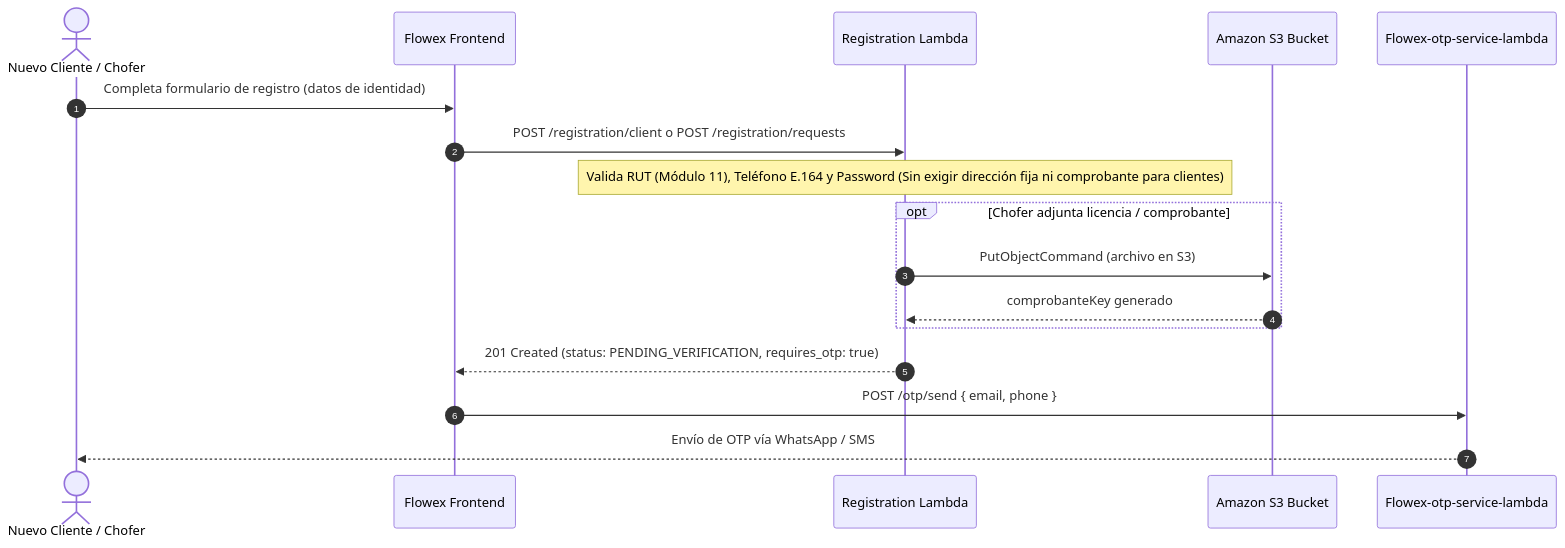
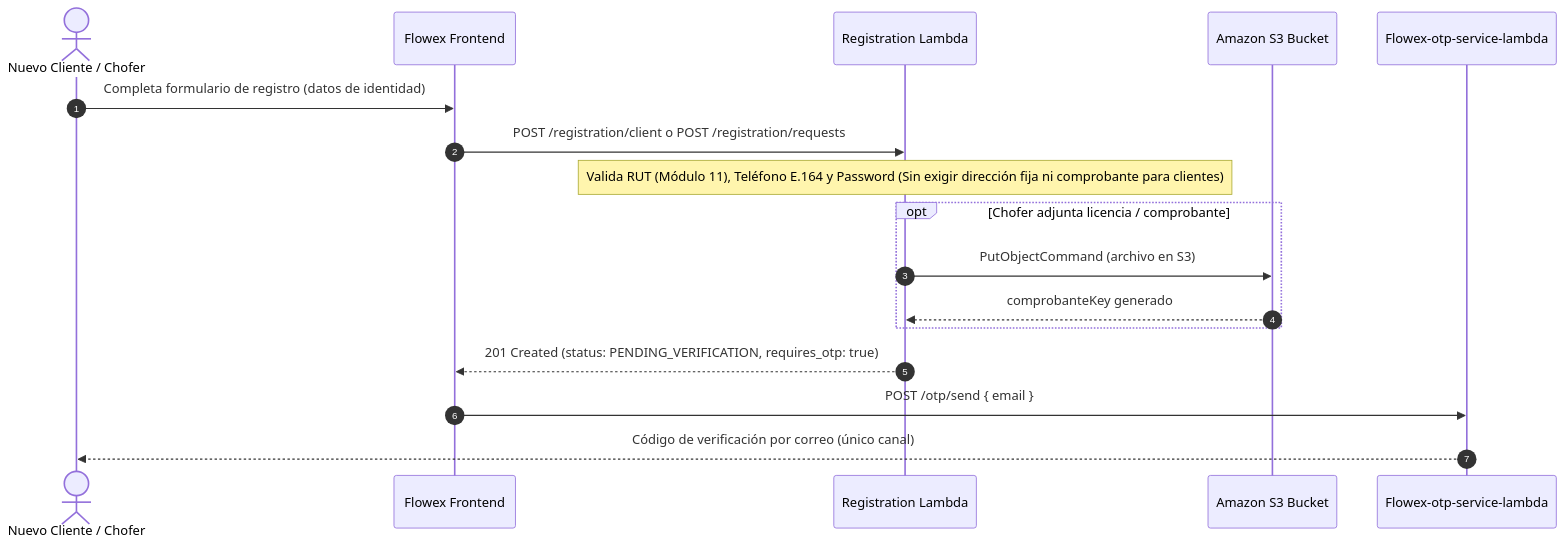
One commit to start-level-cl/Flowex-api-docs changed the diagram in docs-src/registration.md. Above: the diagram before and after it, drawn with Mermaid. The commit also changed other lines of this file and 76 other files, not shown here.

````diff
--- a/docs-src/registration.md
+++ b/docs-src/registration.md
@@ -50,21 +50,21 @@
 ```mermaid
 sequenceDiagram
     autonumber
     actor Solicitante as Nuevo Cliente / Chofer
     participant WebApp as Flowex Frontend
     participant RegLambda as Registration Lambda
     participant S3 as Amazon S3 Bucket
     participant OTPService as Flowex-otp-service-lambda
 
     Solicitante->>WebApp: Completa formulario de registro (datos de identidad)
     WebApp->>RegLambda: POST /registration/client o POST /registration/requests
     Note over RegLambda: Valida RUT (Módulo 11), Teléfono E.164 y Password (Sin exigir dirección fija ni comprobante para clientes)
     opt Chofer adjunta licencia / comprobante
         RegLambda->>S3: PutObjectCommand (archivo en S3)
         S3-->>RegLambda: comprobanteKey generado
     end
     RegLambda-->>WebApp: 201 Created (status: PENDING_VERIFICATION, requires_otp: true)
     
-    WebApp->>OTPService: POST /otp/send { email, phone }
-    OTPService-->>Solicitante: Envío de OTP vía WhatsApp / SMS
+    WebApp->>OTPService: POST /otp/send { email }
+    OTPService-->>Solicitante: Código de verificación por correo (único canal)
 ```
````
